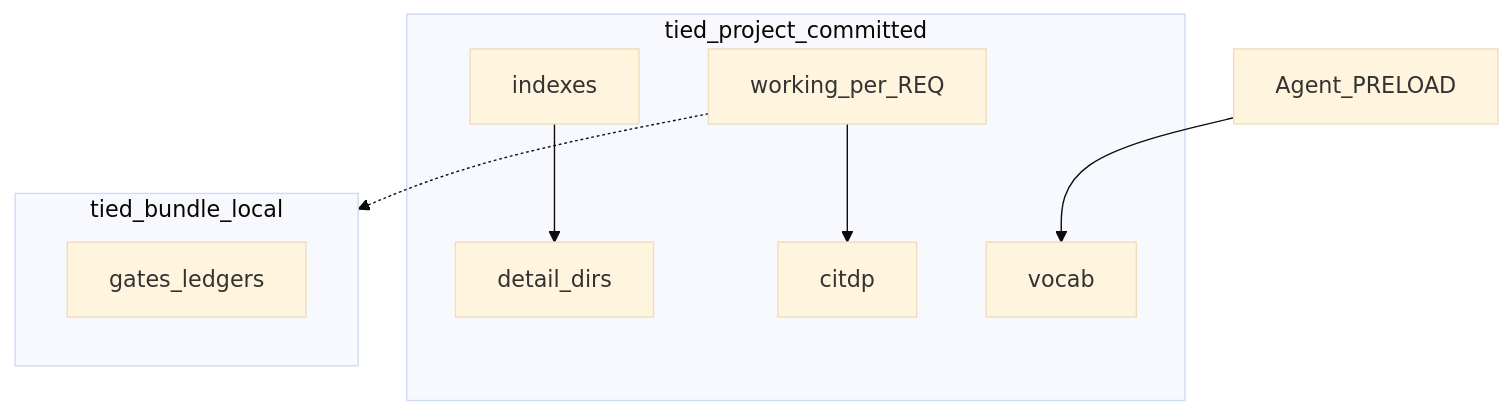
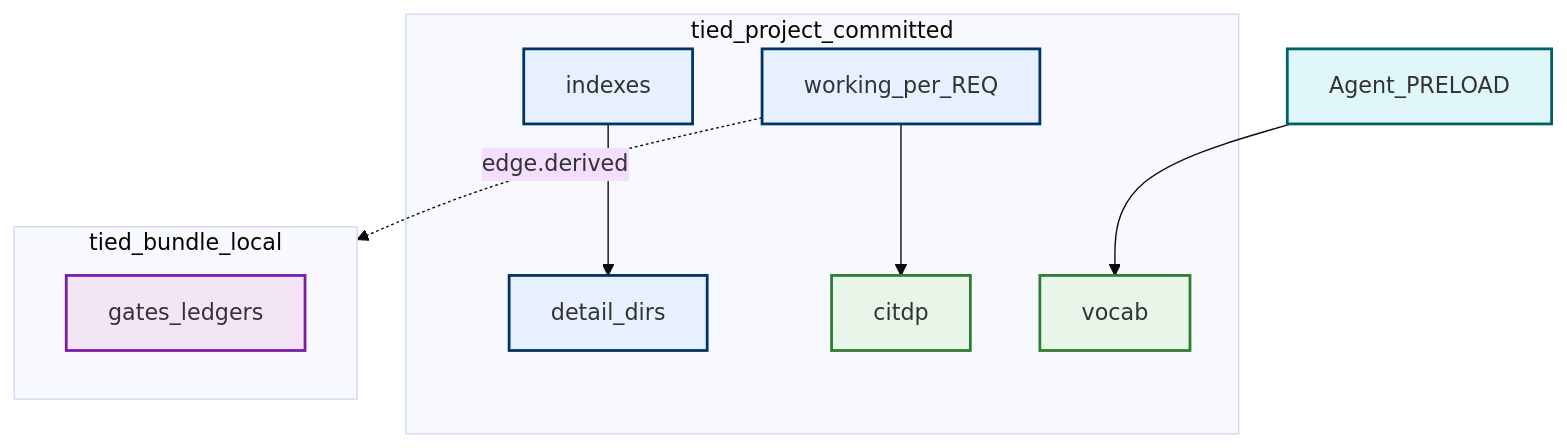
Before and after one commit to fareedst/tied: diagram 14 of 14 in docs/stdd-workflows.md, drawn with Mermaid (base theme). The commit also changed other lines of this file and 18 other files, not shown here.

First line of the commit message:
Add STDD vocab visual encoding registry and term color index.

````diff
--- a/docs/stdd-workflows.md
+++ b/docs/stdd-workflows.md
@@ -287,17 +333,22 @@
 ```mermaid
 flowchart TB
+  %% palette: docs/visual-encoding-standards.md
+  classDef domTiedCorpus fill:#e7f0ff,stroke:#003366,stroke-width:2px
+  classDef domAdaptivePractice fill:#e8f5e9,stroke:#2e7d32,stroke-width:2px
+  classDef domAgentSurface fill:#e0f7fa,stroke:#006064,stroke-width:2px
+  classDef domEvidenceAssurance fill:#f3e5f5,stroke:#7b1fa2,stroke-width:2px
   subgraph committed [tied_project_committed]
-    idx[indexes]
-    detail[detail_dirs]
-    working[working_per_REQ]
-    citdp[citdp]
-    vocab[vocab]
+    idx[indexes]:::domTiedCorpus
+    detail[detail_dirs]:::domTiedCorpus
+    working[working_per_REQ]:::domTiedCorpus
+    citdp[citdp]:::domAdaptivePractice
+    vocab[vocab]:::domAdaptivePractice
   end
   subgraph local [tied_bundle_local]
-    gates[gates_ledgers]
+    gates[gates_ledgers]:::domEvidenceAssurance
   end
   idx --> detail
   working --> citdp
-  agent[Agent_PRELOAD] --> vocab
-  working -.-> local
+  agent[Agent_PRELOAD]:::domAgentSurface --> vocab
+  working -.->|edge.derived| local
 ```
````
